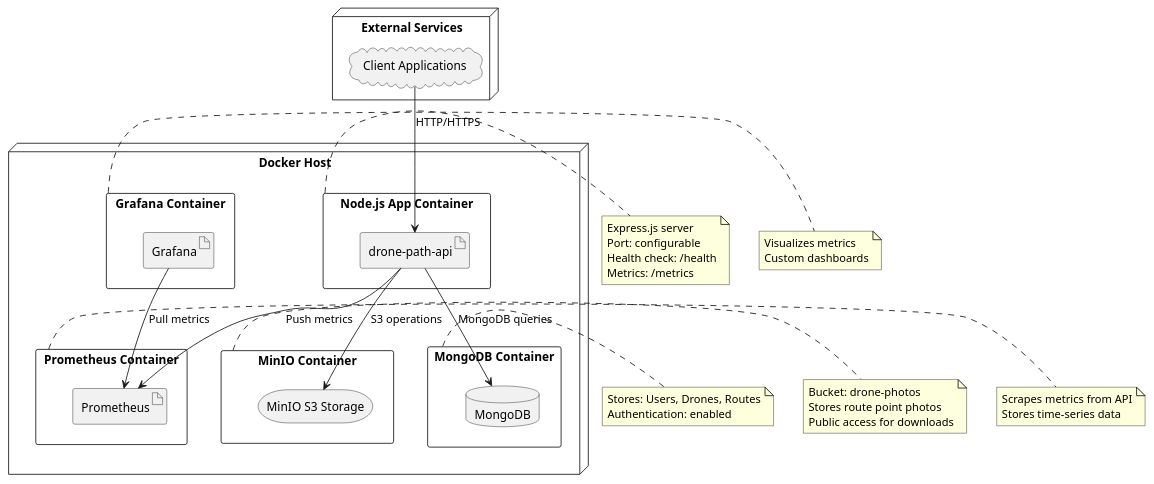
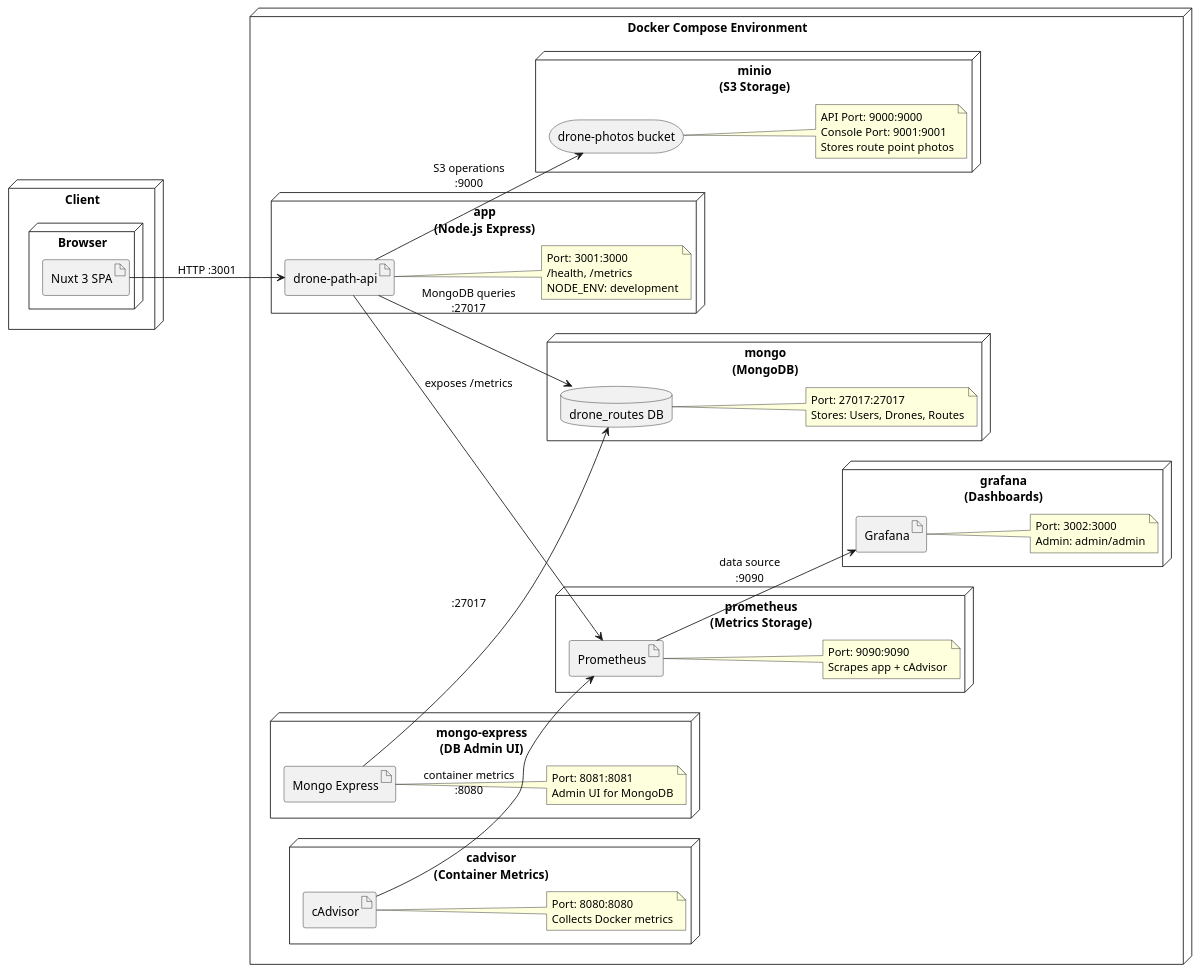
One commit to Pavel-Horol/drone-path-api changed the diagram in diagrams/deployment-diagram.puml. Above: the diagram before and after it, drawn with PlantUML. The commit also changed 14 other files, not shown here.

```diff
--- a/diagrams/deployment-diagram.puml
+++ b/diagrams/deployment-diagram.puml
@@ -1,61 +1,87 @@
-@startuml Deployment Diagram
-node "Docker Host" as Docker {
-    rectangle "Node.js App Container" as App {
-        artifact "drone-path-api" as API
-    }
+@startuml
+left to right direction
 
-    rectangle "MongoDB Container" as MongoDB {
-        database "MongoDB" as DB
-    }
-
-    rectangle "MinIO Container" as MinIO {
-        storage "MinIO S3 Storage" as Storage
-    }
-
-    rectangle "Prometheus Container" as Prometheus {
-        artifact "Prometheus" as Metrics
-    }
-
-    rectangle "Grafana Container" as Grafana {
-        artifact "Grafana" as Dashboard
-    }
+node "Client" as ClientNode {
+  node "Browser" as Browser {
+    artifact "Nuxt 3 SPA" as NuxtApp
+  }
 }
 
-node "External Services" as External {
-    cloud "Client Applications" as Client
+node "Docker Compose Environment" as DockerHost {
+
+  node "app\n(Node.js Express)" as AppContainer {
+    artifact "drone-path-api" as API
+    note right
+      Port: 3001:3000
+      /health, /metrics
+      NODE_ENV: development
+    end note
+  }
+
+  node "mongo\n(MongoDB)" as MongoContainer {
+    database "drone_routes DB" as MongoDB
+    note right
+      Port: 27017:27017
+      Stores: Users, Drones, Routes
+    end note
+  }
+
+  node "mongo-express\n(DB Admin UI)" as MongoExpressContainer {
+    artifact "Mongo Express" as MongoExpress
+    note right
+      Port: 8081:8081
+      Admin UI for MongoDB
+    end note
+  }
+
+  node "minio\n(S3 Storage)" as MinioContainer {
+    storage "drone-photos bucket" as MinioStorage
+    note right
+      API Port: 9000:9000
+      Console Port: 9001:9001
+      Stores route point photos
+    end note
+  }
+
+  node "cadvisor\n(Container Metrics)" as CadvisorContainer {
+    artifact "cAdvisor" as CAdvisor
+    note right
+      Port: 8080:8080
+      Collects Docker metrics
+    end note
+  }
+
+  node "prometheus\n(Metrics Storage)" as PrometheusContainer {
+    artifact "Prometheus" as Prometheus
+    note right
+      Port: 9090:9090
+      Scrapes app + cAdvisor
+    end note
+  }
+
+  node "grafana\n(Dashboards)" as GrafanaContainer {
+    artifact "Grafana" as Grafana
+    note right
+      Port: 3002:3000
+      Admin: admin/admin
+    end note
+  }
+
 }
 
-Client --> API : HTTP/HTTPS
-API --> DB : MongoDB queries
-API --> Storage : S3 operations
-API --> Metrics : Push metrics
-Dashboard --> Metrics : Pull metrics
+' Client to backend
+NuxtApp --> API : HTTP :3001
 
-note right of App
-    Express.js server
-    Port: configurable
-    Health check: /health
-    Metrics: /metrics
-end note
+' App dependencies
+API --> MongoDB : MongoDB queries\n:27017
+API --> MinioStorage : S3 operations\n:9000
 
-note right of MongoDB
-    Stores: Users, Drones, Routes
-    Authentication: enabled
-end note
+' Mongo Express to MongoDB
+MongoExpress --> MongoDB : :27017
 
-note right of MinIO
-    Bucket: drone-photos
-    Stores route point photos
-    Public access for downloads
-end note
+' Observability
+API --> Prometheus : exposes /metrics
+CAdvisor --> Prometheus : container metrics\n:8080
+Prometheus --> Grafana : data source\n:9090
 
-note right of Prometheus
-    Scrapes metrics from API
-    Stores time-series data
-end note
-
-note right of Grafana
-    Visualizes metrics
-    Custom dashboards
-end note
 @enduml
```
